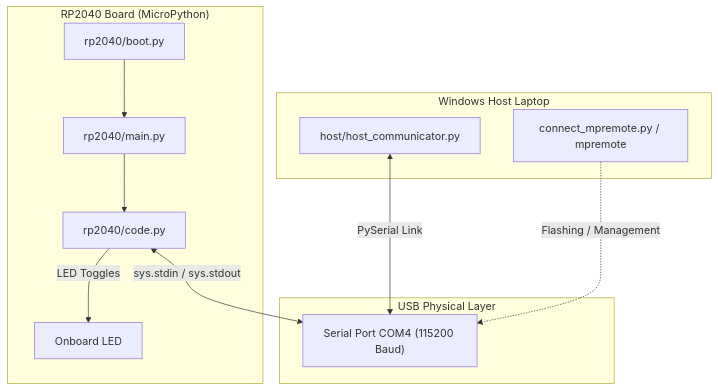
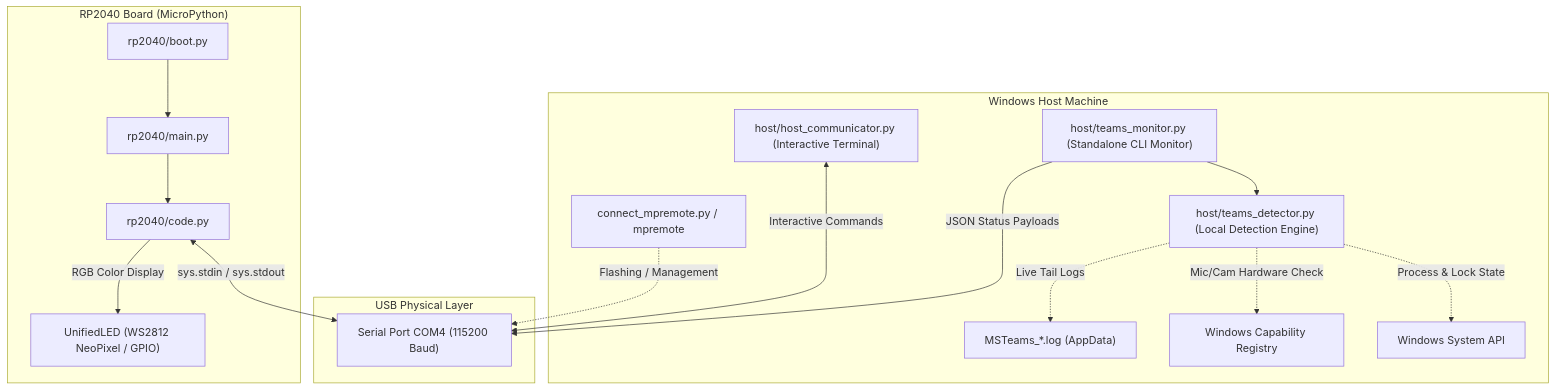
Before and after one commit to robobo27/TeamsStatus: the first of 3 diagrams in README.md, drawn with Mermaid. The commit also changed other lines of this file and 8 other files, not shown here.

First line of the commit message:
Add local Microsoft Teams status monitor and RP2040 RGB presence light support

````diff
--- a/README.md
+++ b/README.md
@@ -11,21 +11,29 @@
 ```mermaid
 graph TD
-    subgraph Host ["Windows Host Laptop"]
-        HC["host/host_communicator.py"]
+    subgraph Host ["Windows Host Machine"]
+        TM["host/teams_monitor.py (Standalone CLI Monitor)"]
+        TD["host/teams_detector.py (Local Detection Engine)"]
+        HC["host/host_communicator.py (Interactive Terminal)"]
         MR["connect_mpremote.py / mpremote"]
+        
+        TM --> TD
+        TD -.->|Live Tail Logs| T_LOGS["MSTeams_*.log (AppData)"]
+        TD -.->|Mic/Cam Hardware Check| T_REG["Windows Capability Registry"]
+        TD -.->|Process & Lock State| T_SYS["Windows System API"]
     end
 
     subgraph Hardware ["USB Physical Layer"]
         COM["Serial Port COM4 (115200 Baud)"]
     end
 
     subgraph RP2040 ["RP2040 Board (MicroPython)"]
         BOOT["rp2040/boot.py"] --> MAIN["rp2040/main.py"]
         MAIN --> CODE["rp2040/code.py"]
         CODE <-->|sys.stdin / sys.stdout| COM
-        CODE -->|LED Toggles| LED["Onboard LED"]
+        CODE -->|RGB Color Display| LED["UnifiedLED (WS2812 NeoPixel / GPIO)"]
     end
 
-    HC <--->|PySerial Link| COM
+    TM -->|JSON Status Payloads| COM
+    HC <--->|Interactive Commands| COM
     MR -.->|Flashing / Management| COM
 ```
````
